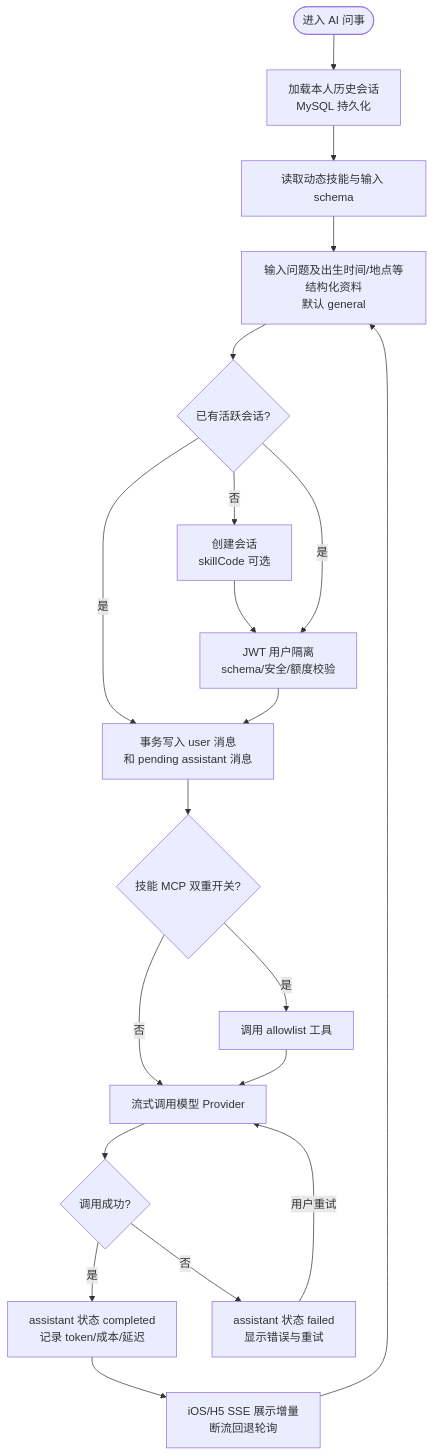
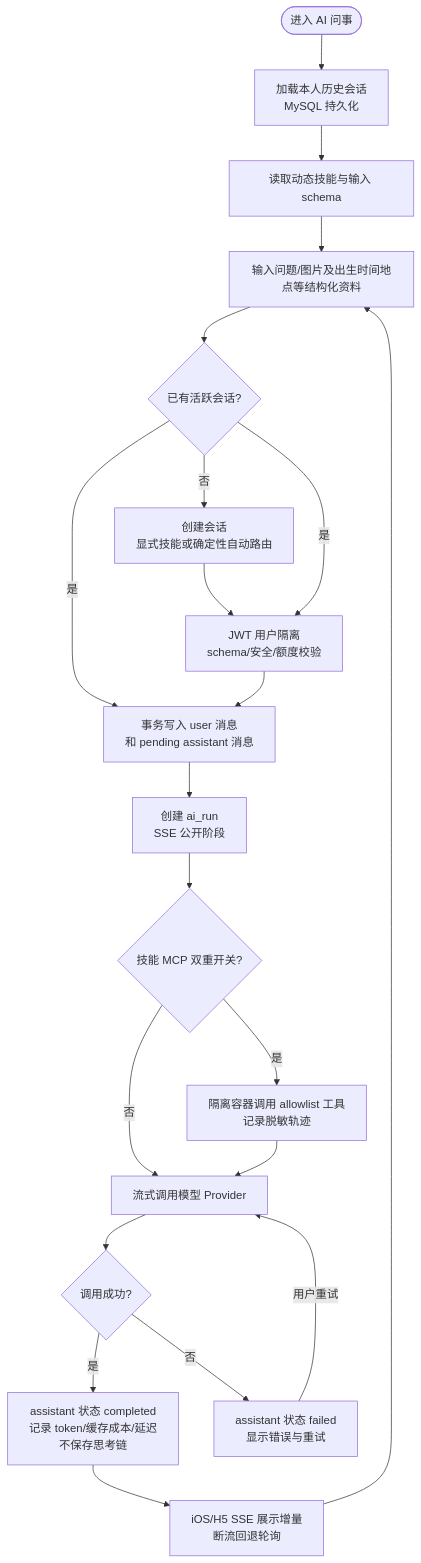
Diagram 11 of 13 in docs/architecture/业务流程.md (askxuan-dongfang/askxuan-docs), drawn with Mermaid before and after one commit. The commit also changed 5 other files, not shown here.

````diff
--- a/docs/architecture/业务流程.md
+++ b/docs/architecture/业务流程.md
@@ -419,22 +419,23 @@
 ```mermaid
 flowchart TD
     Start([进入 AI 问事]) --> History[加载本人历史会话<br/>MySQL 持久化]
     History --> Skills[读取动态技能与输入 schema]
-    Skills --> Input[输入问题及出生时间/地点等结构化资料<br/>默认 general]
+    Skills --> Input[输入问题/图片及出生时间地点等结构化资料]
     Input --> Session{已有活跃会话?}
-    Session -->|否| Create[创建会话<br/>skillCode 可选]
+    Session -->|否| Create[创建会话<br/>显式技能或确定性自动路由]
     Session -->|是| Save
     Create --> Guard[JWT 用户隔离<br/>schema/安全/额度校验]
     Session -->|是| Guard
     Guard --> Save[事务写入 user 消息<br/>和 pending assistant 消息]
-    Save --> Tool{技能 MCP 双重开关?}
-    Tool -->|是| MCP[调用 allowlist 工具]
+    Save --> Run[创建 ai_run<br/>SSE 公开阶段]
+    Run --> Tool{技能 MCP 双重开关?}
+    Tool -->|是| MCP[隔离容器调用 allowlist 工具<br/>记录脱敏轨迹]
     Tool -->|否| Provider[流式调用模型 Provider]
     MCP --> Provider
     Provider --> Result{调用成功?}
-    Result -->|是| Done[assistant 状态 completed<br/>记录 token/成本/延迟]
+    Result -->|是| Done[assistant 状态 completed<br/>记录 token/缓存成本/延迟<br/>不保存思考链]
     Result -->|否| Failed[assistant 状态 failed<br/>显示错误与重试]
     Failed -->|用户重试| Provider
     Done --> Stream[iOS/H5 SSE 展示增量<br/>断流回退轮询]
     Stream --> Input
 ```
````
